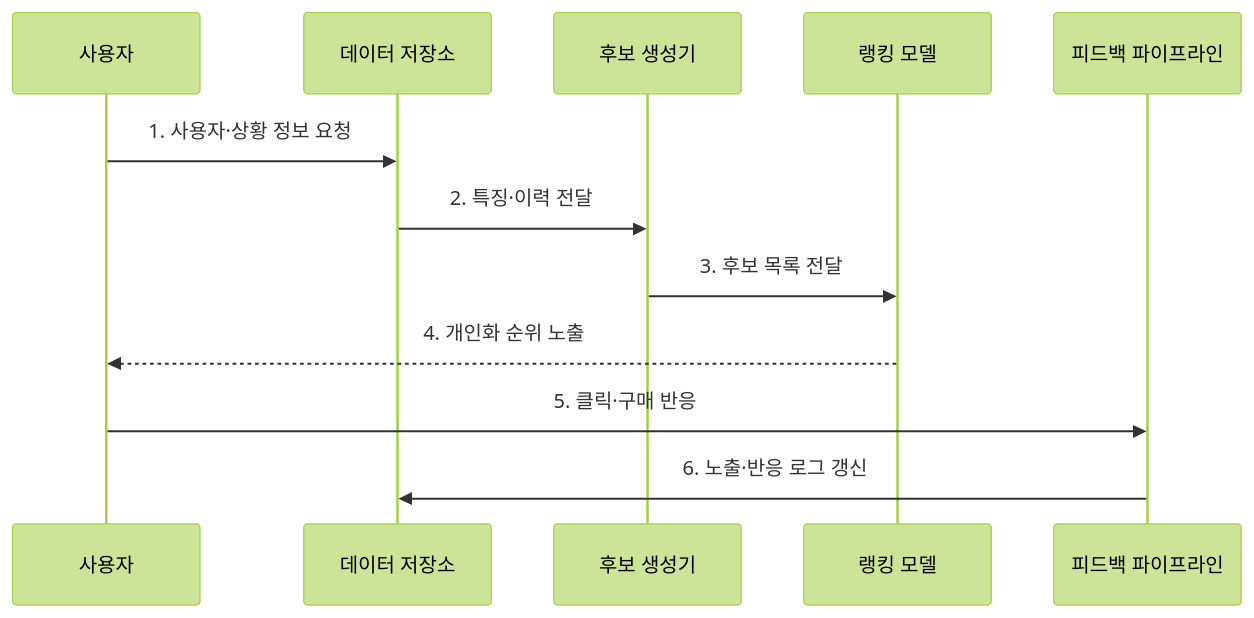
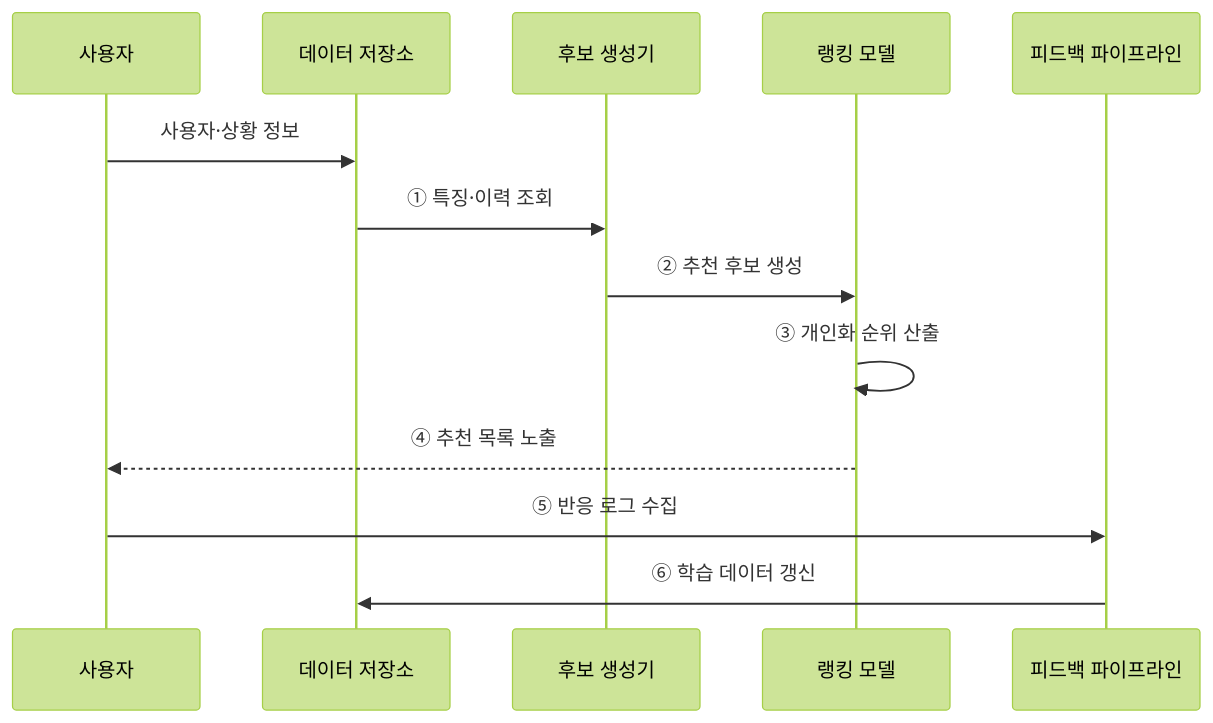
Before and after one commit to agnusdei1207/knowledge-base: the third of 3 diagrams in src/content/docs/notes/01-basic-theory/054_recommendation_system.md, drawn with Mermaid (forest theme). The commit also changed other lines of this file and 22 other files, not shown here.

````diff
--- a/src/content/docs/notes/01-basic-theory/054_recommendation_system.md
+++ b/src/content/docs/notes/01-basic-theory/054_recommendation_system.md
@@ -69,14 +88,15 @@
 ```mermaid
 sequenceDiagram
     participant U as 사용자
     participant D as 데이터 저장소
     participant C as 후보 생성기
     participant R as 랭킹 모델
     participant P as 피드백 파이프라인
-    U->>D: 1. 사용자·상황 정보 요청
-    D->>C: 2. 특징·이력 전달
-    C->>R: 3. 후보 목록 전달
-    R-->>U: 4. 개인화 순위 노출
-    U->>P: 5. 클릭·구매 반응
-    P->>D: 6. 노출·반응 로그 갱신
+    U->>D: 사용자·상황 정보
+    D->>C: ① 특징·이력 조회
+    C->>R: ② 추천 후보 생성
+    R->>R: ③ 개인화 순위 산출
+    R-->>U: ④ 추천 목록 노출
+    U->>P: ⑤ 반응 로그 수집
+    P->>D: ⑥ 학습 데이터 갱신
 ```
````
